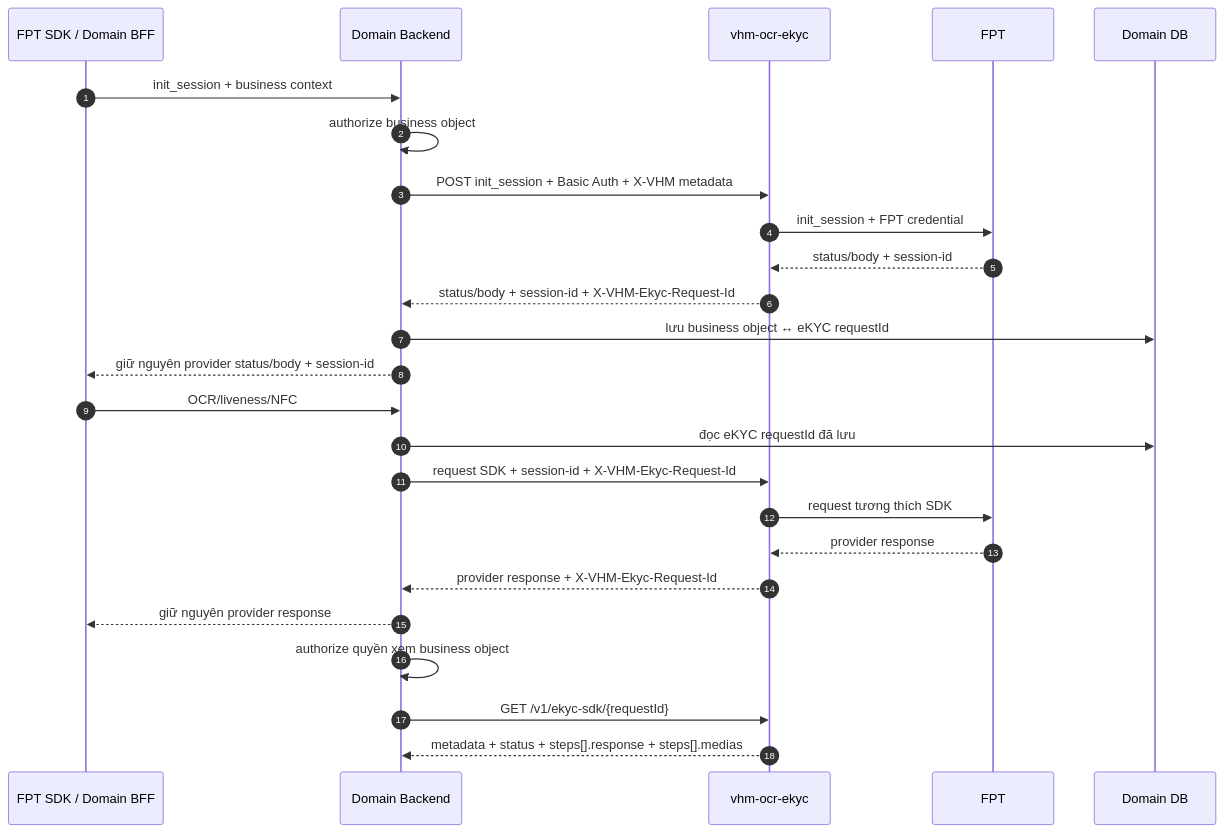
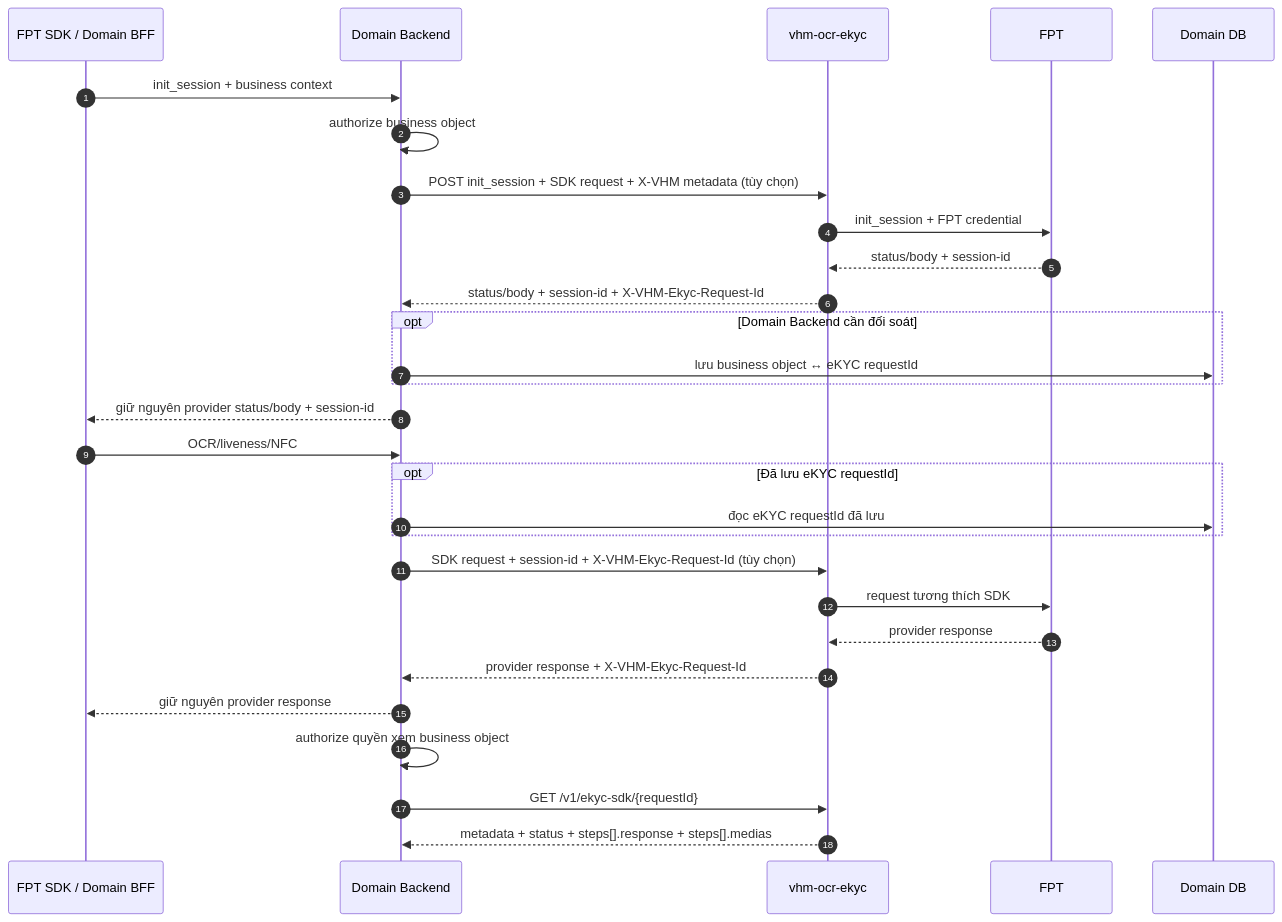
Before and after one commit to huynv-xyz/vhm: the diagram in guidle.md, drawn with Mermaid. The commit also changed other lines of this file, not shown here.

````diff
--- a/guidle.md
+++ b/guidle.md
@@ -51,30 +51,34 @@
 ```mermaid
 sequenceDiagram
     autonumber
     participant SDK as FPT SDK / Domain BFF
     participant DBE as Domain Backend
     participant E as vhm-ocr-ekyc
     participant F as FPT
     participant DB as Domain DB
 
     SDK->>DBE: init_session + business context
     DBE->>DBE: authorize business object
-    DBE->>E: POST init_session + Basic Auth + X-VHM metadata
+    DBE->>E: POST init_session + SDK request + X-VHM metadata (tùy chọn)
     E->>F: init_session + FPT credential
     F-->>E: status/body + session-id
     E-->>DBE: status/body + session-id + X-VHM-Ekyc-Request-Id
-    DBE->>DB: lưu business object ↔ eKYC requestId
+    opt Domain Backend cần đối soát
+        DBE->>DB: lưu business object ↔ eKYC requestId
+    end
     DBE-->>SDK: giữ nguyên provider status/body + session-id
 
     SDK->>DBE: OCR/liveness/NFC
-    DBE->>DB: đọc eKYC requestId đã lưu
-    DBE->>E: request SDK + session-id + X-VHM-Ekyc-Request-Id
+    opt Đã lưu eKYC requestId
+        DBE->>DB: đọc eKYC requestId đã lưu
+    end
+    DBE->>E: SDK request + session-id + X-VHM-Ekyc-Request-Id (tùy chọn)
     E->>F: request tương thích SDK
     F-->>E: provider response
     E-->>DBE: provider response + X-VHM-Ekyc-Request-Id
     DBE-->>SDK: giữ nguyên provider response
 
     DBE->>DBE: authorize quyền xem business object
     DBE->>E: GET /v1/ekyc-sdk/{requestId}
     E-->>DBE: metadata + status + steps[].response + steps[].medias
 ```
````
